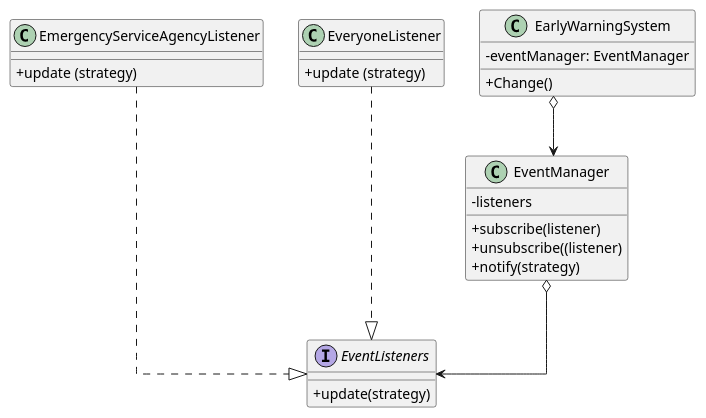
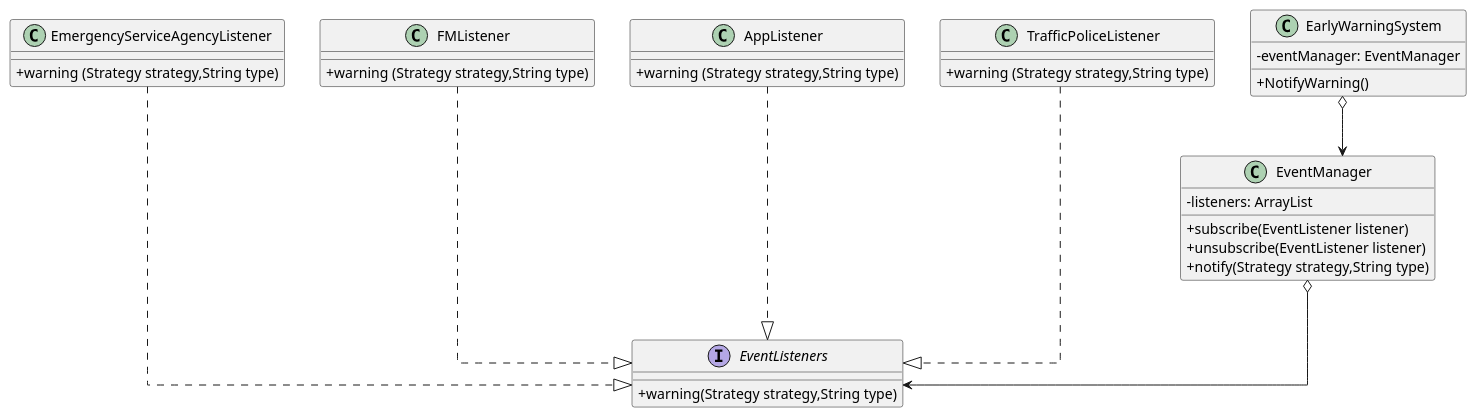
One commit to LenthDose/DesignPatterFinal changed the diagram in src/uml/Event-Subscriber.puml. Above: the diagram before and after it, drawn with PlantUML. The commit also changed 16 other files, not shown here.

```diff
--- a/src/uml/Event-Subscriber.puml
+++ b/src/uml/Event-Subscriber.puml
@@ -1,35 +1,45 @@
 @startuml
 'https://plantuml.com/class-diagram
 
 skinparam classAttributeIconSize 0
 skinparam linetype ortho
 
 class EventManager{
-- listeners
-+ subscribe(listener)
-+ unsubscribe((listener)
-+ notify(strategy)
+- listeners: ArrayList
++ subscribe(EventListener listener)
++ unsubscribe(EventListener listener)
++ notify(Strategy strategy,String type)
 }
 
 interface EventListeners{
-+ update(strategy)
++ warning(Strategy strategy,String type)
 }
 
 class EmergencyServiceAgencyListener{
-+ update (strategy)
++ warning (Strategy strategy,String type)
 }
 
-class EveryoneListener{
-+ update (strategy)
+class FMListener{
++ warning (Strategy strategy,String type)
+}
+
+class AppListener{
++ warning (Strategy strategy,String type)
+}
+
+class TrafficPoliceListener{
++ warning (Strategy strategy,String type)
 }
 
 class EarlyWarningSystem{
 - eventManager: EventManager
-+ Change()
++ NotifyWarning()
 }
 
 EmergencyServiceAgencyListener ...|> EventListeners
-EveryoneListener ...|> EventListeners
+FMListener ...|> EventListeners
+AppListener ...|> EventListeners
+TrafficPoliceListener ...|> EventListeners
 EventManager o--> EventListeners
 EarlyWarningSystem o--> EventManager
 @enduml
```
